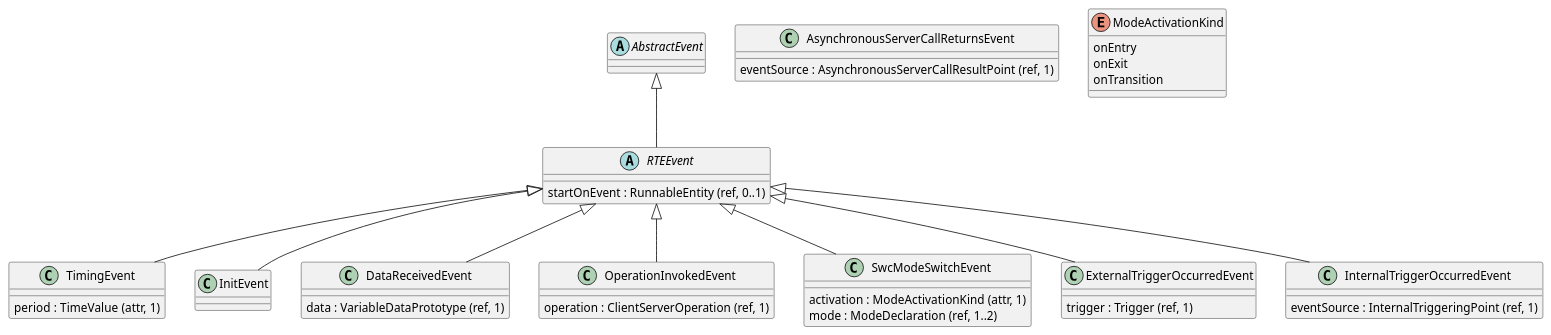
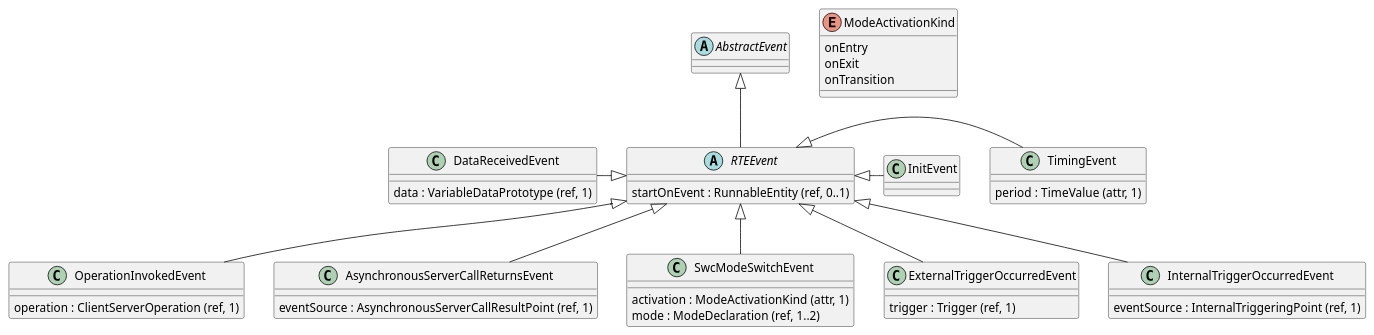
One commit to hazemanwer2000/knowledge-base changed diagram 15 of 18 in vault-base/Topics/Technical-Topics/OS/AUTOSAR/General/AUTOSAR-SW-Components.md. Above: the diagram before and after it, drawn with PlantUML. The commit also changed other lines of this file, not shown here.

Commit message:
AUTOSAR-SWC!

````diff
--- a/vault-base/Topics/Technical-Topics/OS/AUTOSAR/General/AUTOSAR-SW-Components.md
+++ b/vault-base/Topics/Technical-Topics/OS/AUTOSAR/General/AUTOSAR-SW-Components.md
@@ -257,42 +257,43 @@
 ```plantuml
 abstract AbstractEvent
 abstract RTEEvent {
 	startOnEvent : RunnableEntity (ref, 0..1)
 }
 class TimingEvent {
 	period : TimeValue (attr, 1)
 }
 class InitEvent
 class DataReceivedEvent {
 	data : VariableDataPrototype (ref, 1)
 }
 class OperationInvokedEvent {
 	operation : ClientServerOperation (ref, 1)
 }
 class AsynchronousServerCallReturnsEvent {
 	eventSource : AsynchronousServerCallResultPoint (ref, 1)
 }
 class SwcModeSwitchEvent {
 	activation : ModeActivationKind (attr, 1)
 	mode : ModeDeclaration (ref, 1..2)
 }
 class ExternalTriggerOccurredEvent {
 	trigger : Trigger (ref, 1)
 }
 class InternalTriggerOccurredEvent {
 	eventSource : InternalTriggeringPoint (ref, 1)
 }
 enum ModeActivationKind {
 	onEntry
 	onExit
 	onTransition
 }
 AbstractEvent <|-- RTEEvent
-RTEEvent <|-- TimingEvent
-RTEEvent <|-- InitEvent
-RTEEvent <|-- DataReceivedEvent
+RTEEvent <|-right- TimingEvent
+RTEEvent <|-right- InitEvent
+RTEEvent <|-left- DataReceivedEvent
 RTEEvent <|-- OperationInvokedEvent
+RTEEvent <|-- AsynchronousServerCallReturnsEvent
 RTEEvent <|-- SwcModeSwitchEvent
 RTEEvent <|-- ExternalTriggerOccurredEvent
 RTEEvent <|-- InternalTriggerOccurredEvent
 ```
````
